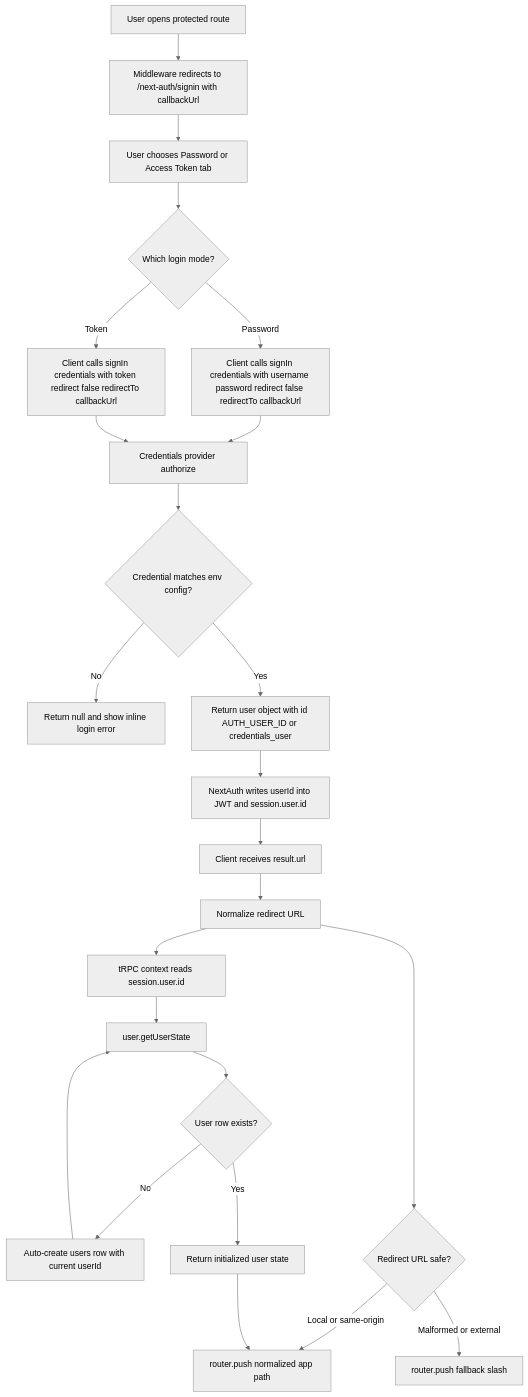
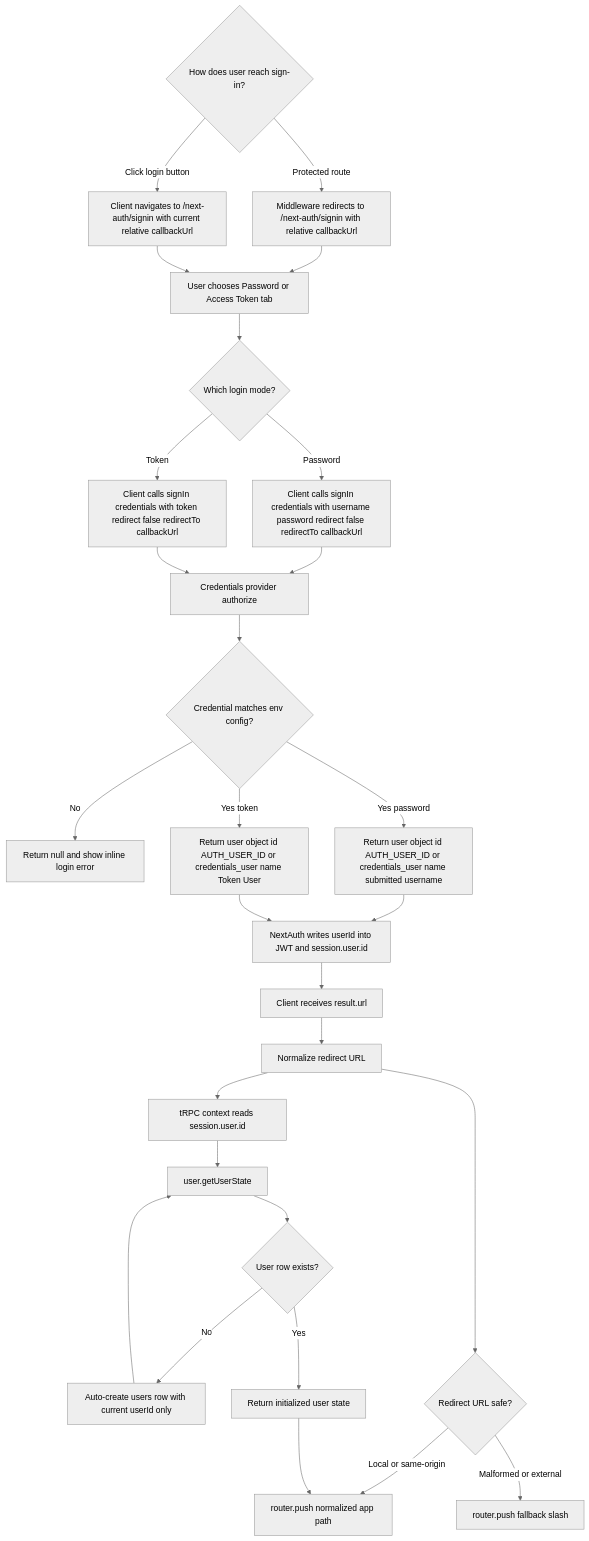
One commit to lqdflying/chathub changed the diagram in doc/credentials-login-flow.md. Above: the diagram before and after it, drawn with Mermaid (neutral theme). The commit also changed other lines of this file, not shown here.

Commit message:
fix digram of login

````diff
--- a/doc/credentials-login-flow.md
+++ b/doc/credentials-login-flow.md
@@ -32,33 +43,37 @@
 ```mermaid
 flowchart TD
-  A[User opens protected route] --> B[Middleware redirects to /next-auth/signin with callbackUrl]
-  B --> C[User chooses Password or Access Token tab]
+  A{How does user reach sign-in?} -->|Protected route| B[Middleware redirects to /next-auth/signin with relative callbackUrl]
+  A -->|Click login button| C[Client navigates to /next-auth/signin with current relative callbackUrl]
+  B --> D[User chooses Password or Access Token tab]
+  C --> D
 
-  C --> D{Which login mode?}
-  D -->|Password| E[Client calls signIn credentials with username password redirect false redirectTo callbackUrl]
-  D -->|Token| F[Client calls signIn credentials with token redirect false redirectTo callbackUrl]
+  D --> E{Which login mode?}
+  E -->|Password| F[Client calls signIn credentials with username password redirect false redirectTo callbackUrl]
+  E -->|Token| G[Client calls signIn credentials with token redirect false redirectTo callbackUrl]
 
-  E --> G[Credentials provider authorize]
-  F --> G
+  F --> H[Credentials provider authorize]
+  G --> H
 
-  G --> H{Credential matches env config?}
-  H -->|No| I[Return null and show inline login error]
-  H -->|Yes| J[Return user object with id AUTH_USER_ID or credentials_user]
+  H --> I{Credential matches env config?}
+  I -->|No| J[Return null and show inline login error]
+  I -->|Yes password| K[Return user object id AUTH_USER_ID or credentials_user name submitted username]
+  I -->|Yes token| L[Return user object id AUTH_USER_ID or credentials_user name Token User]
 
-  J --> K[NextAuth writes userId into JWT and session.user.id]
-  K --> L[Client receives result.url]
-  L --> M[Normalize redirect URL]
+  K --> M[NextAuth writes userId into JWT and session.user.id]
+  L --> M
+  M --> N[Client receives result.url]
+  N --> O[Normalize redirect URL]
 
-  M --> N[tRPC context reads session.user.id]
-  N --> O[user.getUserState]
-  O --> P{User row exists?}
-  P -->|No| Q[Auto-create users row with current userId]
-  Q --> O
-  P -->|Yes| R[Return initialized user state]
+  O --> P[tRPC context reads session.user.id]
+  P --> Q[user.getUserState]
+  Q --> R{User row exists?}
+  R -->|No| S[Auto-create users row with current userId only]
+  S --> Q
+  R -->|Yes| T[Return initialized user state]
 
-  M --> S{Redirect URL safe?}
-  S -->|Local or same-origin| T[router.push normalized app path]
-  S -->|Malformed or external| U[router.push fallback slash]
+  O --> U{Redirect URL safe?}
+  U -->|Local or same-origin| V[router.push normalized app path]
+  U -->|Malformed or external| W[router.push fallback slash]
 
-  R --> T
+  T --> V
 ```
````
